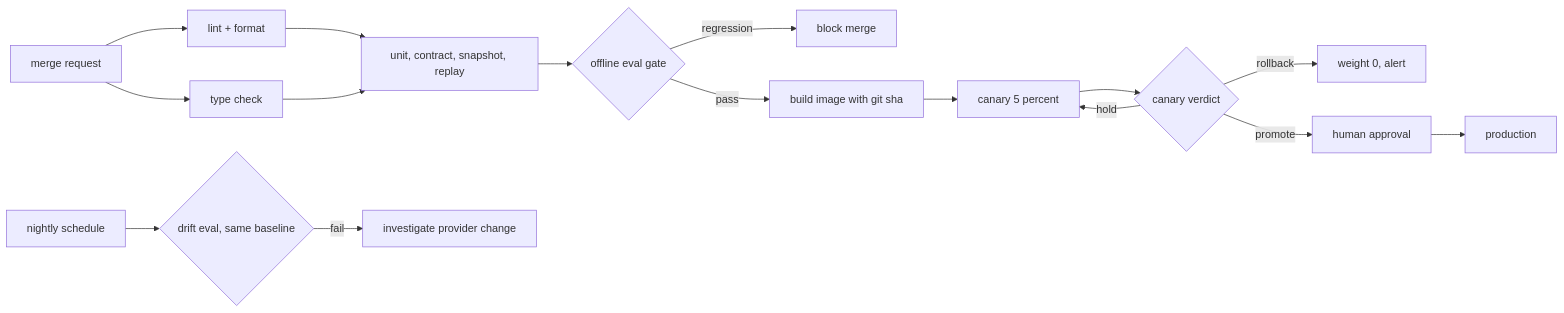
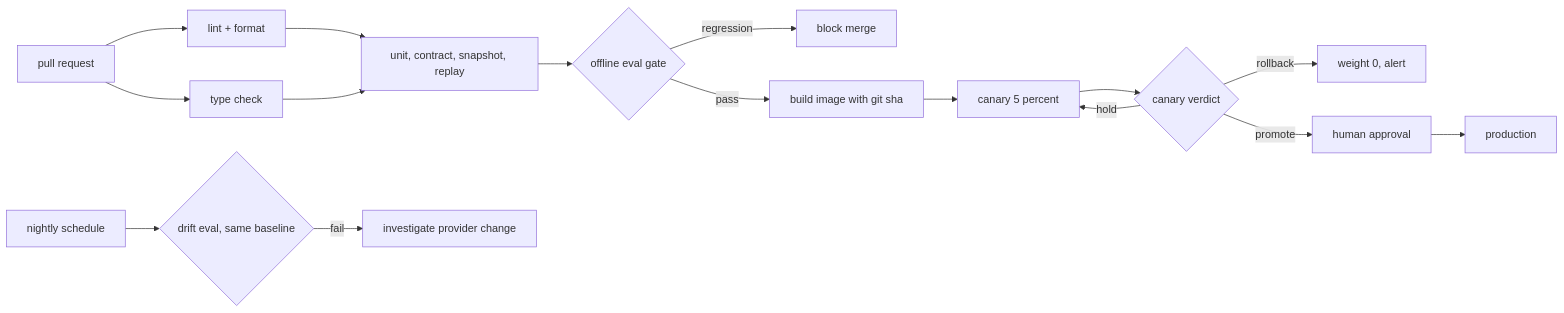
One commit to XayyamSadigov/ai-engineering-book changed the fourth of 4 diagrams in book/chapters/32-engineering-practices.md. Above: the diagram before and after it, drawn with Mermaid. The commit also changed other lines of this file and 1 other file, not shown here.

````diff
--- a/book/chapters/32-engineering-practices.md
+++ b/book/chapters/32-engineering-practices.md
@@ -328,18 +338,18 @@
 ```mermaid
 flowchart LR
-    PR["merge request"] --> L["lint + format"]
+    PR["pull request"] --> L["lint + format"]
     PR --> TC["type check"]
     L --> U["unit, contract, snapshot, replay"]
     TC --> U
     U --> E{"offline eval gate"}
     E -- regression --> X["block merge"]
     E -- pass --> B["build image with git sha"]
     B --> C["canary 5 percent"]
     C --> V{"canary verdict"}
     V -- rollback --> RB["weight 0, alert"]
     V -- hold --> C
     V -- promote --> A["human approval"]
     A --> P["production"]
     N["nightly schedule"] --> E2{"drift eval, same baseline"}
     E2 -- fail --> I["investigate provider change"]
 ```
````
